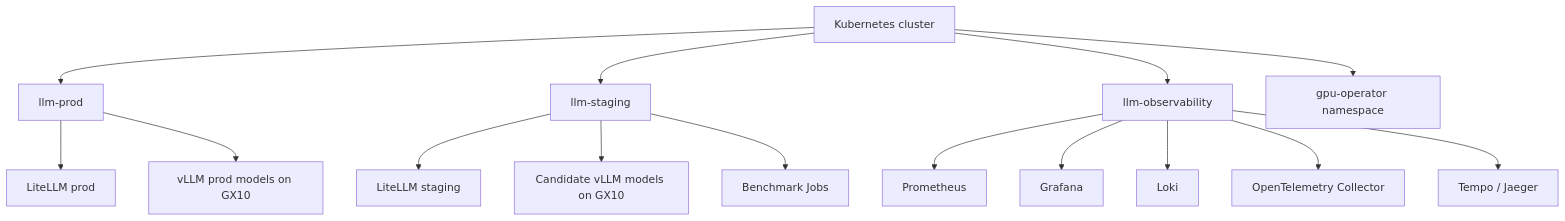
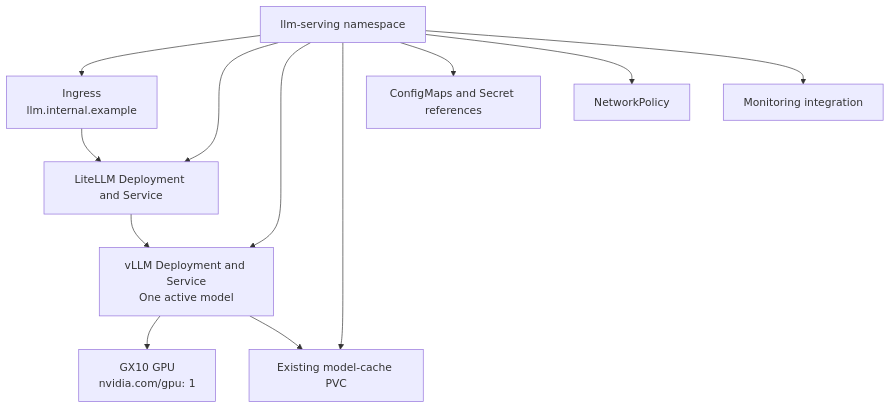
One commit to CopyPasteFail/llm-on-prem changed the first of 2 diagrams in docs/kubernetes.md. Above: the diagram before and after it, drawn with Mermaid. The commit also changed other lines of this file, not shown here.

Commit message:
Define single namespace Kubernetes layout for v0.1.0

````diff
--- a/docs/kubernetes.md
+++ b/docs/kubernetes.md
@@ -5,20 +15,15 @@
 ```mermaid
 flowchart TB
-    cluster["Kubernetes cluster"] --> prod["llm-prod"]
-    cluster --> staging["llm-staging"]
-    cluster --> obs["llm-observability"]
-    cluster --> gpu["gpu-operator namespace"]
+    ns["llm-serving namespace"] --> ingress["Ingress\nllm.internal.example"]
+    ns --> litellm["LiteLLM Deployment and Service"]
+    ns --> vllm["vLLM Deployment and Service\nOne active model"]
+    ns --> cache["Existing model-cache PVC"]
+    ns --> config["ConfigMaps and Secret references"]
+    ns --> policy["NetworkPolicy"]
+    ns --> monitor["Monitoring integration"]
 
-    prod --> prod_litellm["LiteLLM prod"]
-    prod --> prod_vllm["vLLM prod models on GX10"]
-
-    staging --> stg_litellm["LiteLLM staging"]
-    staging --> stg_vllm["Candidate vLLM models on GX10"]
-    staging --> jobs["Benchmark Jobs"]
-
-    obs --> prom["Prometheus"]
-    obs --> grafana["Grafana"]
-    obs --> loki["Loki"]
-    obs --> otel["OpenTelemetry Collector"]
-    obs --> tempo["Tempo / Jaeger"]
+    ingress --> litellm
+    litellm --> vllm
+    vllm --> gx10["GX10 GPU\nnvidia.com/gpu: 1"]
+    vllm --> cache
 ```
````
